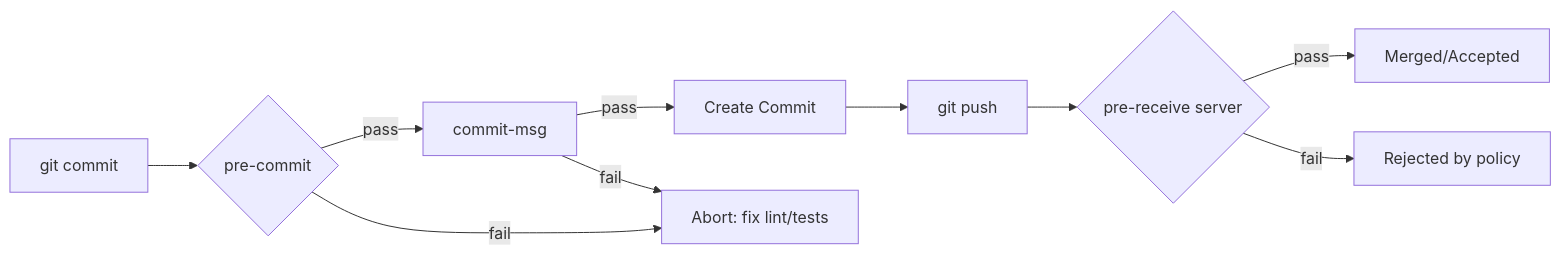
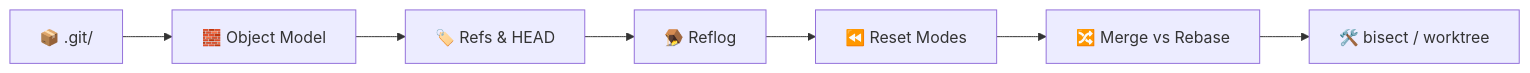
The first of 5 diagrams in lectures/lec2.md (kicchhi/DevOps-Intro), drawn with Mermaid before and after one commit. The commit also changed other lines of this file and 11 other files, not shown here.

````diff
--- a/lectures/lec2.md
+++ b/lectures/lec2.md
@@ -636,12 +34,9 @@
 ```mermaid
-flowchart LR
-  A[git commit] --> B{pre-commit}
-  B -- pass --> C[commit-msg]
-  C -- pass --> D[Create Commit]
-  B -- fail --> X[Abort: fix lint/tests]
-  C -- fail --> X
-  D --> E[git push]
-  E --> F{pre-receive server}
-  F -- pass --> G[Merged/Accepted]
-  F -- fail --> X2[Rejected by policy]
+graph LR
+    A["📦 .git/"] --> B["🧱 Object Model"]
+    B --> C["🏷️ Refs & HEAD"]
+    C --> D["🪤 Reflog"]
+    D --> E["⏪ Reset Modes"]
+    E --> F["🔀 Merge vs Rebase"]
+    F --> G["🛠️ bisect / worktree"]
 ```
````
